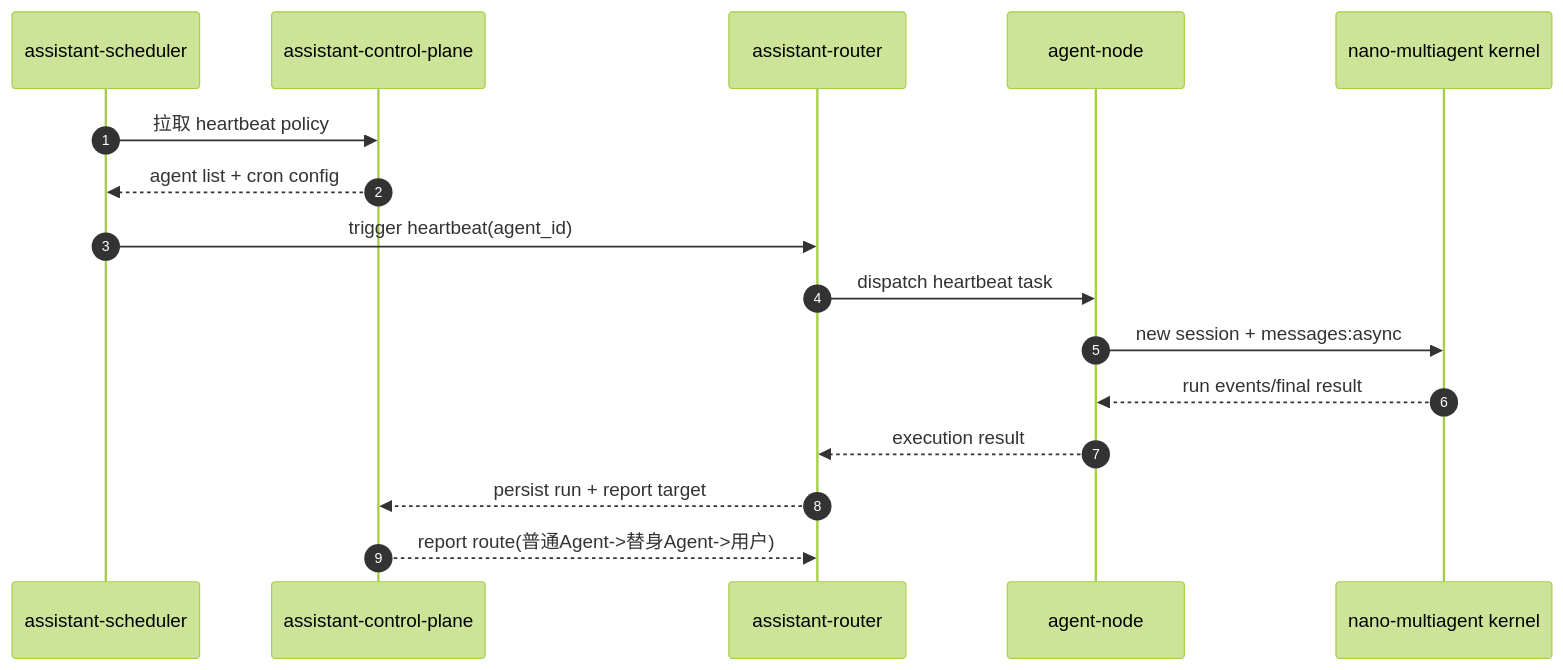
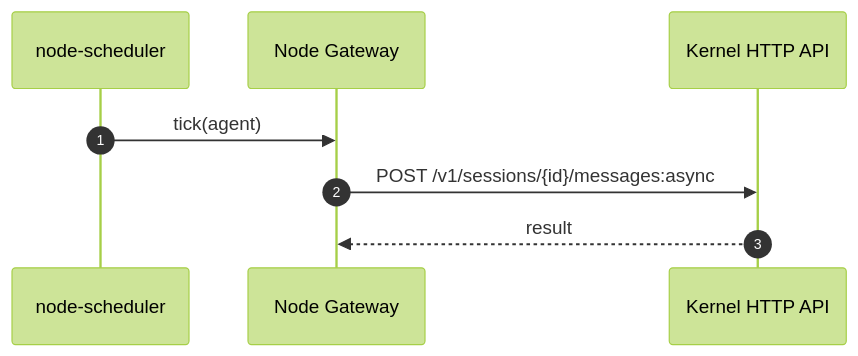
Before and after one commit to Mrchen116/nano-multiagent: the fourth of 4 diagrams in Agent 助手（基于 SDK 的上层应用）蓝图.md, drawn with Mermaid (forest theme). The commit also changed other lines of this file and 3 other files, not shown here.

Commit message:
docs：Agent助手/IM的蓝图

````diff
--- a/Agent 助手（基于 SDK 的上层应用）蓝图.md
+++ b/Agent 助手（基于 SDK 的上层应用）蓝图.md
@@ -297,19 +207,11 @@
 ```mermaid
 sequenceDiagram
     autonumber
-    participant Sch as assistant-scheduler
-    participant CP as assistant-control-plane
-    participant Router as assistant-router
-    participant Node as agent-node
-    participant Kernel as nano-multiagent kernel
+    participant Sch as node-scheduler
+    participant GW as Node Gateway
+    participant KAPI as Kernel HTTP API
 
-    Sch->>CP: 拉取 heartbeat policy
-    CP-->>Sch: agent list + cron config
-    Sch->>Router: trigger heartbeat(agent_id)
-    Router->>Node: dispatch heartbeat task
-    Node->>Kernel: new session + messages:async
-    Kernel-->>Node: run events/final result
-    Node-->>Router: execution result
-    Router-->>CP: persist run + report target
-    CP-->>Router: report route(普通Agent->替身Agent->用户)
+    Sch->>GW: tick(agent)
+    GW->>KAPI: POST /v1/sessions/{id}/messages:async
+    KAPI-->>GW: result
 ```
````
